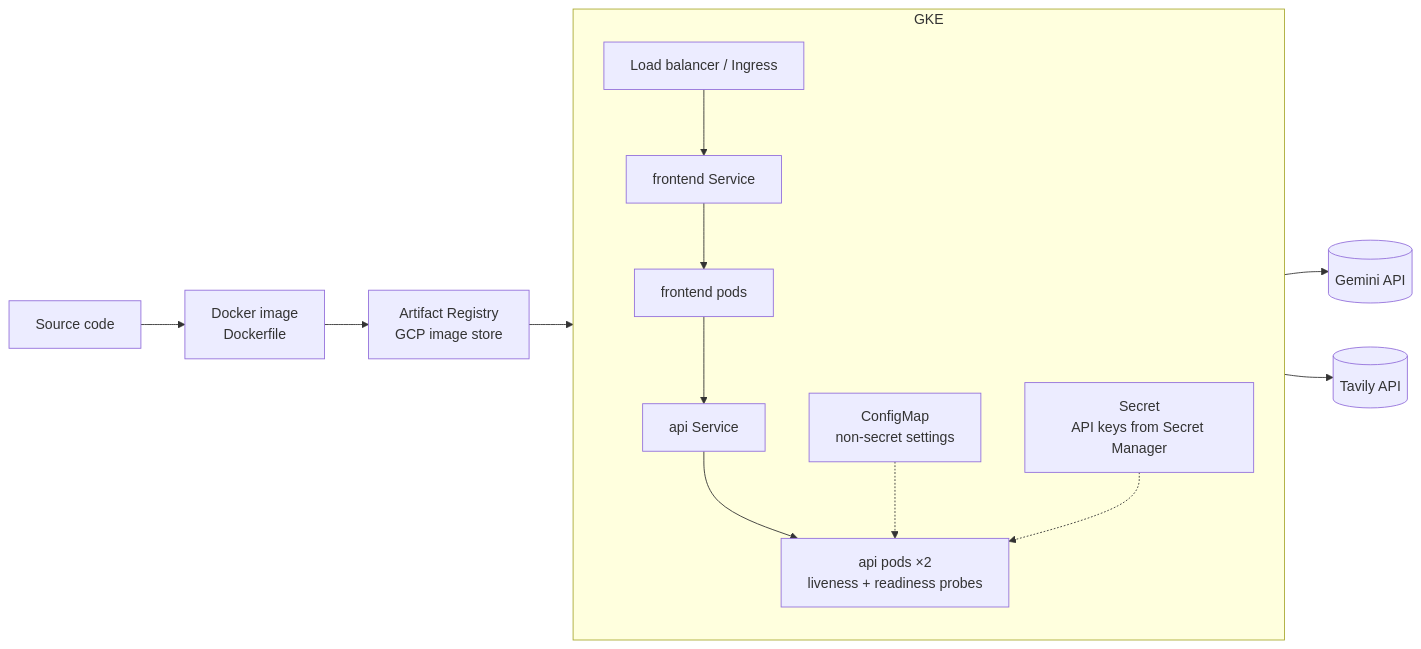
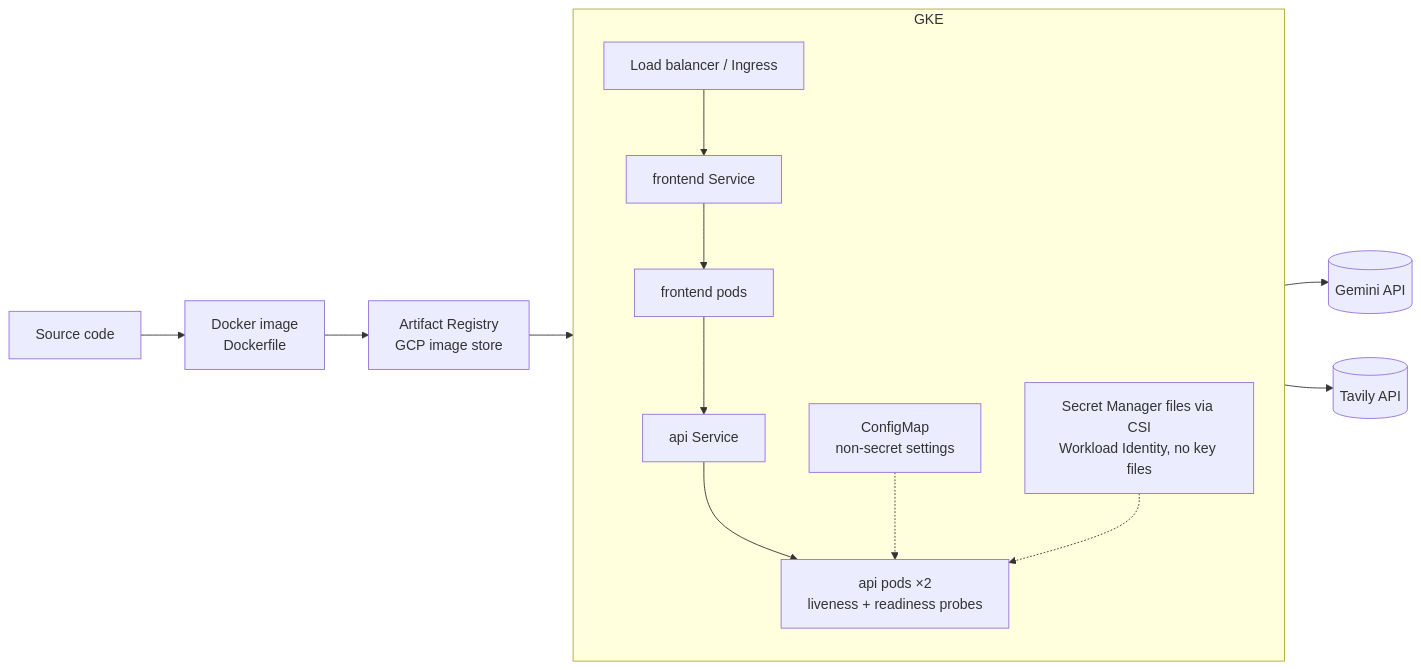
Before and after one commit to smartcharan12/ai-travel-planner: the seventh of 8 diagrams in ARCHITECTURE.md, drawn with Mermaid. The commit also changed other lines of this file and 181 other files, not shown here.

Commit message:
Complete AI travel planner production architecture

````diff
--- a/ARCHITECTURE.md
+++ b/ARCHITECTURE.md
@@ -262,15 +309,15 @@
 ```mermaid
 flowchart LR
     CODE[Source code] --> IMG[Docker image<br/>Dockerfile]
     IMG --> AR[Artifact Registry<br/>GCP image store]
     AR --> GKE[GKE cluster]
     subgraph GKE
       direction TB
       ING[Load balancer / Ingress] --> FESVC[frontend Service] --> FEPOD[frontend pods]
       FEPOD --> APISVC[api Service] --> APIPOD[api pods ×2<br/>liveness + readiness probes]
       CM[ConfigMap<br/>non-secret settings] -.-> APIPOD
-      SEC[Secret<br/>API keys from Secret Manager] -.-> APIPOD
+      SEC[Secret Manager files via CSI<br/>Workload Identity, no key files] -.-> APIPOD
     end
     APIPOD --> GEM[(Gemini API)]
     APIPOD --> TAV[(Tavily API)]
 ```
````
